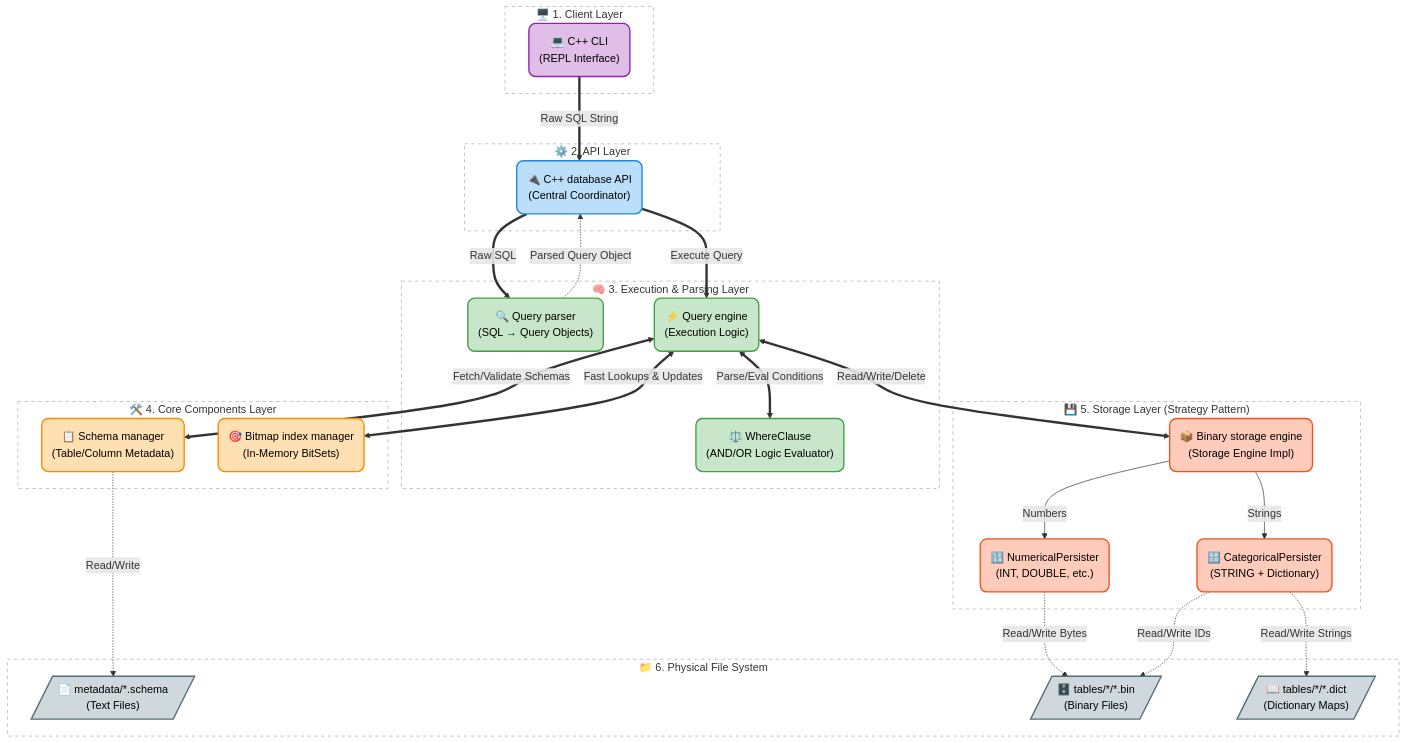
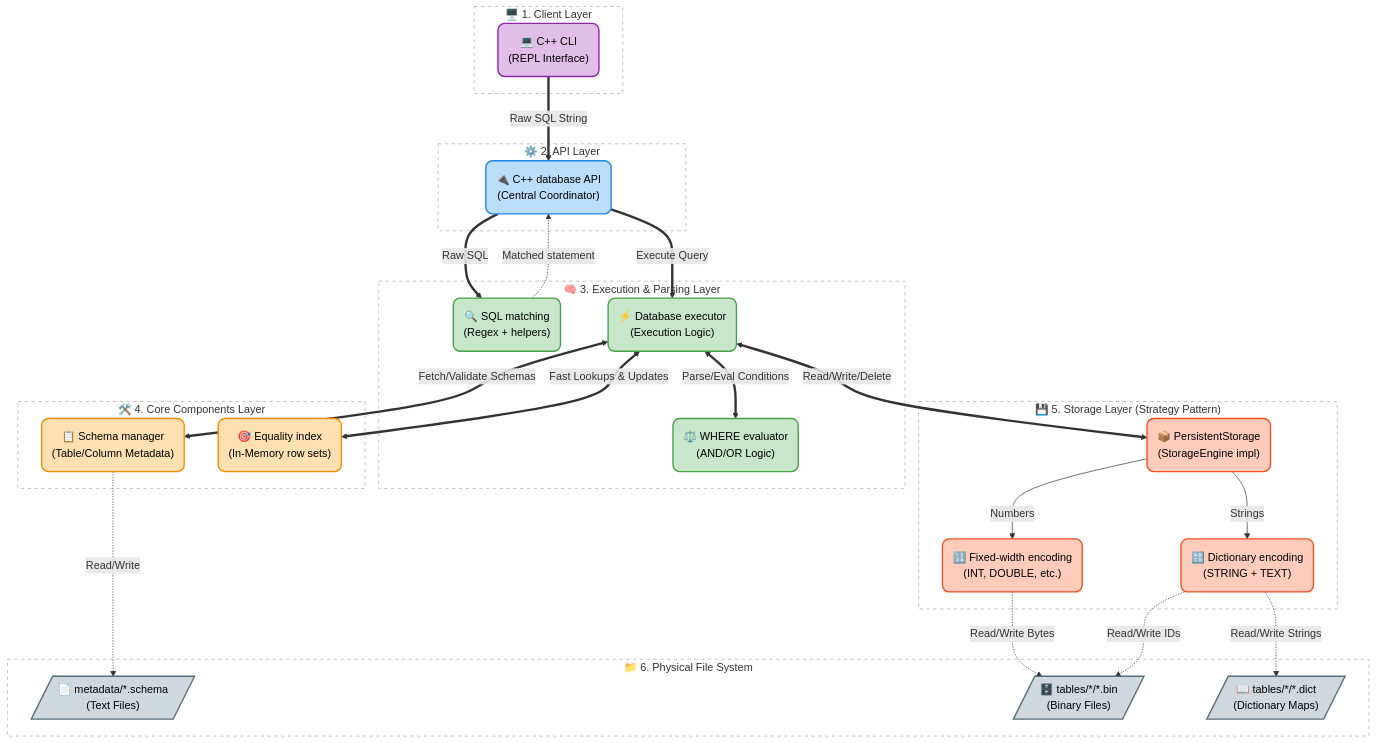
Before and after one commit to JILSPATEL/Column-Store-Data-Storage-System: the second of 10 diagrams in README.md, drawn with Mermaid. The commit also changed other lines of this file and 4 other files, not shown here.

Commit message:
Add pluggable storage engine API

````diff
--- a/README.md
+++ b/README.md
@@ -110,63 +301,63 @@
 ```mermaid
 flowchart TB
     %% Styling definitions
     classDef clientLayer fill:#e1bee7,stroke:#8e24aa,stroke-width:2px,color:#000,rx:10,ry:10
     classDef apiLayer fill:#bbdefb,stroke:#1e88e5,stroke-width:2px,color:#000,rx:10,ry:10
     classDef execLayer fill:#c8e6c9,stroke:#43a047,stroke-width:2px,color:#000,rx:10,ry:10
     classDef compLayer fill:#ffe0b2,stroke:#fb8c00,stroke-width:2px,color:#000,rx:10,ry:10
     classDef storeLayer fill:#ffccbc,stroke:#f4511e,stroke-width:2px,color:#000,rx:10,ry:10
     classDef fileLayer fill:#cfd8dc,stroke:#546e7a,stroke-width:2px,color:#000,rx:5,ry:5
     classDef subgraphStyle fill:#ffffff,stroke:#aaaaaa,stroke-width:1px,stroke-dasharray: 5 5
 
     subgraph Client ["🖥️ 1. Client Layer"]
         CLI("💻 C++ CLI\n(REPL Interface)"):::clientLayer
     end
 
     subgraph API ["⚙️ 2. API Layer"]
         DB_API("🔌 C++ database API\n(Central Coordinator)"):::apiLayer
     end
 
     subgraph Execution ["🧠 3. Execution & Parsing Layer"]
-        Parser("🔍 Query parser\n(SQL → Query Objects)"):::execLayer
-        Engine("⚡ Query engine\n(Execution Logic)"):::execLayer
-        Where("⚖️ WhereClause\n(AND/OR Logic Evaluator)"):::execLayer
+        Parser("🔍 SQL matching\n(Regex + helpers)"):::execLayer
+        Engine("⚡ Database executor\n(Execution Logic)"):::execLayer
+        Where("⚖️ WHERE evaluator\n(AND/OR Logic)"):::execLayer
     end
 
     subgraph CoreComponents ["🛠️ 4. Core Components Layer"]
         SchemaMgr("📋 Schema manager\n(Table/Column Metadata)"):::compLayer
-        IndexMgr("🎯 Bitmap index manager\n(In-Memory BitSets)"):::compLayer
+        IndexMgr("🎯 Equality index\n(In-Memory row sets)"):::compLayer
     end
 
     subgraph Storage ["💾 5. Storage Layer (Strategy Pattern)"]
-        StorageEngine("📦 Binary storage engine\n(Storage Engine Impl)"):::storeLayer
-        NumPersist("🔢 NumericalPersister\n(INT, DOUBLE, etc.)"):::storeLayer
-        CatPersist("🔠 CategoricalPersister\n(STRING + Dictionary)"):::storeLayer
+        StorageEngine("📦 PersistentStorage\n(StorageEngine impl)"):::storeLayer
+        NumPersist("🔢 Fixed-width encoding\n(INT, DOUBLE, etc.)"):::storeLayer
+        CatPersist("🔠 Dictionary encoding\n(STRING + TEXT)"):::storeLayer
     end
 
     subgraph FileSystem ["📁 6. Physical File System"]
         MetaFiles[/"📄 metadata/*.schema\n(Text Files)"/]:::fileLayer
         BinFiles[/"🗄️ tables/*/*.bin\n(Binary Files)"/]:::fileLayer
         DictFiles[/"📖 tables/*/*.dict\n(Dictionary Maps)"/]:::fileLayer
     end
 
     %% Connections
     CLI ==>|Raw SQL String| DB_API
     DB_API ==>|Raw SQL| Parser
-    Parser -.->|Parsed Query Object| DB_API
+    Parser -.->|Matched statement| DB_API
     DB_API ==>|Execute Query| Engine
 
     Engine <==>|Parse/Eval Conditions| Where
     Engine <==>|Fetch/Validate Schemas| SchemaMgr
     Engine <==>|Fast Lookups & Updates| IndexMgr
     Engine <==>|Read/Write/Delete| StorageEngine
 
     StorageEngine -->|Numbers| NumPersist
     StorageEngine -->|Strings| CatPersist
 
     SchemaMgr -.->|Read/Write| MetaFiles
     NumPersist -.->|Read/Write Bytes| BinFiles
     CatPersist -.->|Read/Write IDs| BinFiles
     CatPersist -.->|Read/Write Strings| DictFiles
 
     class Client,API,Execution,CoreComponents,Storage,FileSystem subgraphStyle;
 ```
````
